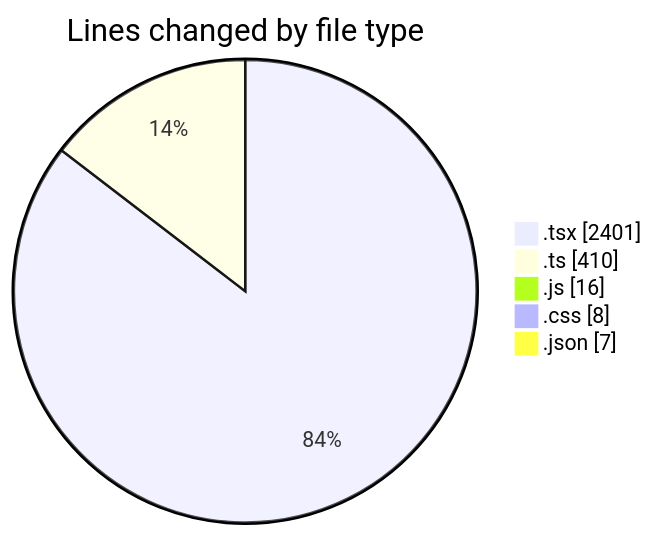
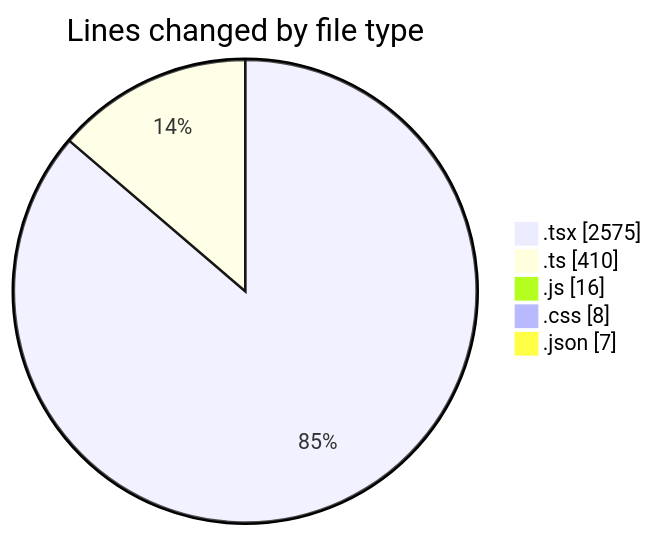
The first of 2 diagrams in 2025-01-17/mbc-web/README.md (robertbonfada/code-tracking), drawn with Mermaid before and after one commit. The commit also changed other lines of this file and 1 other file, not shown here.

````diff
--- a/2025-01-17/mbc-web/README.md
+++ b/2025-01-17/mbc-web/README.md
@@ -35,9 +35,9 @@
 ```mermaid
 pie showData
 title Lines changed by file type
-".tsx" : 2401
+".tsx" : 2575
 ".ts" : 410
 ".js" : 16
 ".css" : 8
 ".json" : 7
 ```
````
